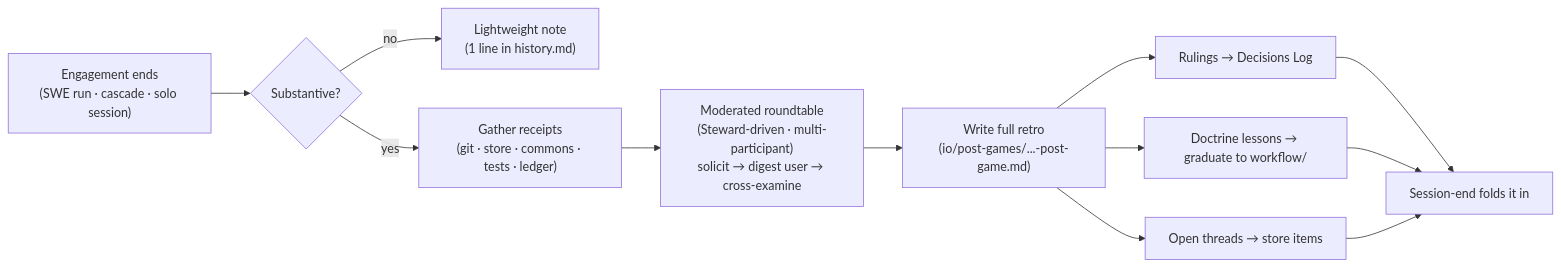
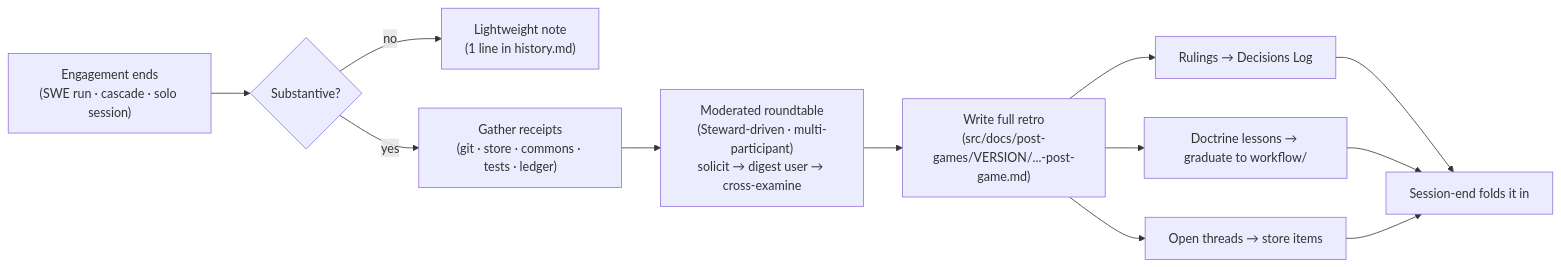
One commit to deepily/planning-is-prompting changed the diagram in workflow/post-game.md. Above: the diagram before and after it, drawn with Mermaid. The commit also changed other lines of this file and 221 other files, not shown here.

````diff
--- a/workflow/post-game.md
+++ b/workflow/post-game.md
@@ -304,14 +294,14 @@
 ```mermaid
 flowchart LR
     E["Engagement ends<br/>(SWE run · cascade · solo session)"] --> S{"Substantive?"}
     S -- "no" --> N["Lightweight note<br/>(1 line in history.md)"]
     S -- "yes" --> G["Gather receipts<br/>(git · store · commons · tests · ledger)"]
     G --> M["Moderated roundtable<br/>(Steward-driven · multi-participant)<br/>solicit → digest user → cross-examine"]
-    M --> W["Write full retro<br/>(io/post-games/...-post-game.md)"]
+    M --> W["Write full retro<br/>(src/docs/post-games/VERSION/...-post-game.md)"]
     W --> R["Rulings → Decisions Log"]
     W --> D["Doctrine lessons → graduate to workflow/"]
     W --> O["Open threads → store items"]
     R --> X["Session-end folds it in"]
     D --> X
     O --> X
 ```
````
